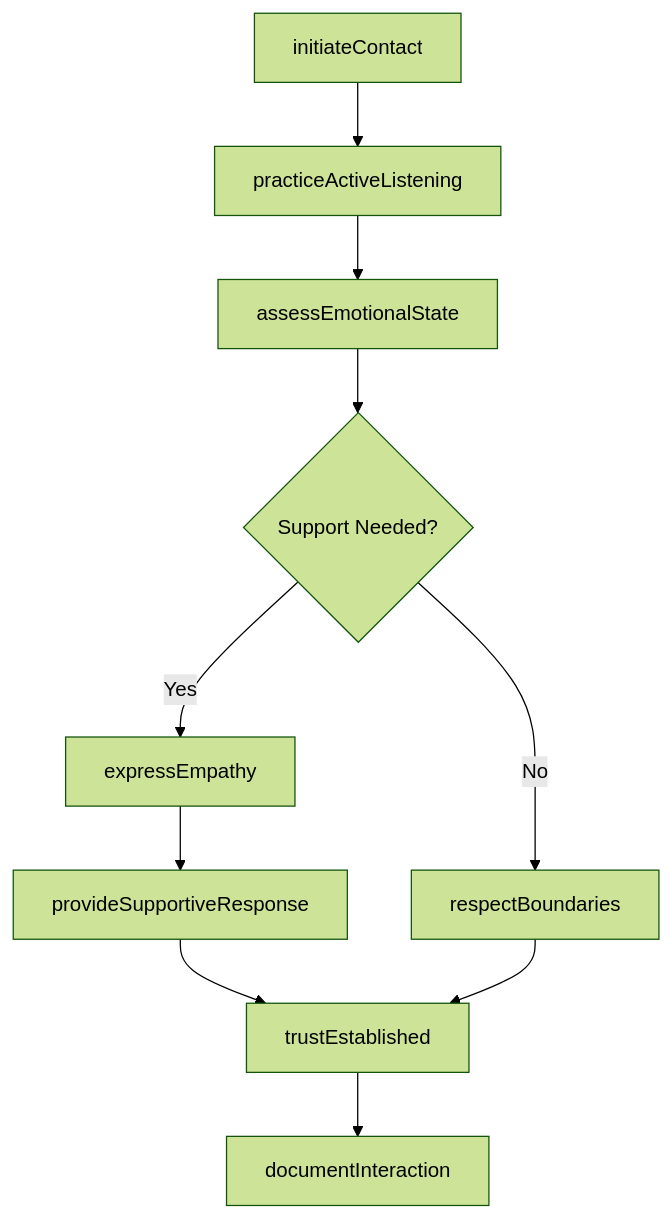
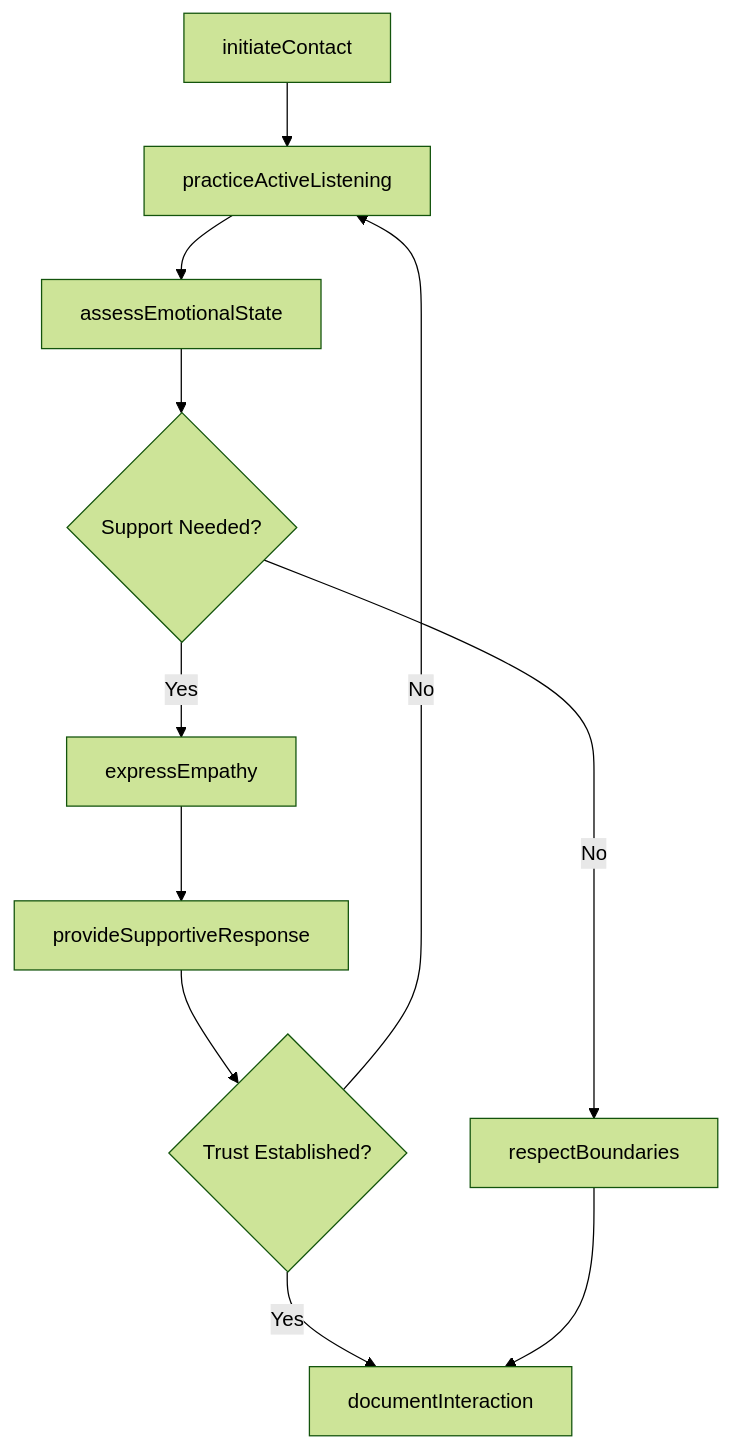
One commit to dot-org-ai/tasks.org.ai changed the third of 4 diagrams in CoachingAndDevelopingOthers/ProvideSupportOrEncouragementToOthers/InteractPatientsBuildRapportProvide.mdx. Above: the diagram before and after it, drawn with Mermaid (forest theme). The commit also changed other lines of this file and 504 other files, not shown here.

First line of the commit message:
feat: Add ER diagrams, state diagrams, and workflow improvements to 96 DWA task files

````diff
--- a/CoachingAndDevelopingOthers/ProvideSupportOrEncouragementToOthers/InteractPatientsBuildRapportProvide.mdx
+++ b/CoachingAndDevelopingOthers/ProvideSupportOrEncouragementToOthers/InteractPatientsBuildRapportProvide.mdx
@@ -87,12 +115,13 @@
 ```mermaid
 graph TD
     A[initiateContact] --> B[practiceActiveListening]
     B --> C[assessEmotionalState]
     C --> D{Support Needed?}
     D -->|Yes| E[expressEmpathy]
     D -->|No| F[respectBoundaries]
     E --> G[provideSupportiveResponse]
-    G --> H[trustEstablished]
-    F --> H
-    H --> I[documentInteraction]
+    G --> H{Trust Established?}
+    H -->|Yes| I[documentInteraction]
+    H -->|No| B
+    F --> I
 ```
````
